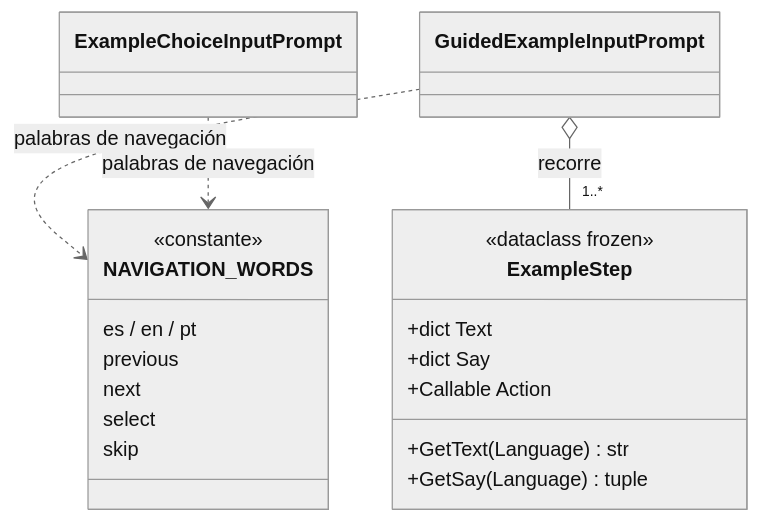
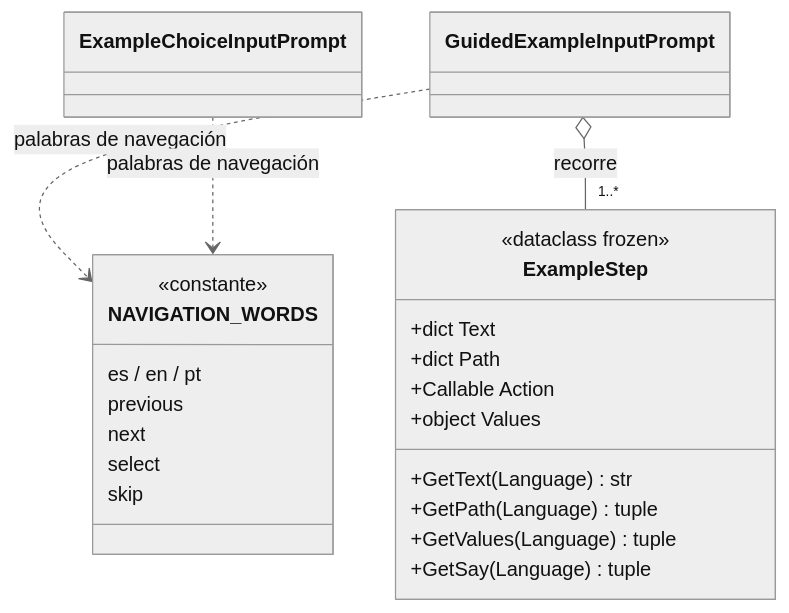
One commit to DAv-Project-Team-UADER/DAV changed the diagram in Dav/docs/diagramas/ExampleStep.md. Above: the diagram before and after it, drawn with Mermaid (neutral theme). The commit also changed other lines of this file and 18 other files, not shown here.

````diff
--- a/Dav/docs/diagramas/ExampleStep.md
+++ b/Dav/docs/diagramas/ExampleStep.md
@@ -11,27 +11,30 @@
 ```mermaid
 classDiagram
     class ExampleStep {
         <<dataclass frozen>>
         +dict Text
-        +dict Say
+        +dict Path
         +Callable Action
+        +object Values
         +GetText(Language) str
+        +GetPath(Language) tuple
+        +GetValues(Language) tuple
         +GetSay(Language) tuple
     }
 
     class NAVIGATION_WORDS {
         <<constante>>
         es / en / pt
         previous
         next
         select
         skip
     }
 
     class ExampleChoiceInputPrompt
     class GuidedExampleInputPrompt
 
     GuidedExampleInputPrompt o-- "1..*" ExampleStep : recorre
     GuidedExampleInputPrompt ..> NAVIGATION_WORDS : palabras de navegación
     ExampleChoiceInputPrompt ..> NAVIGATION_WORDS : palabras de navegación
 ```
````
